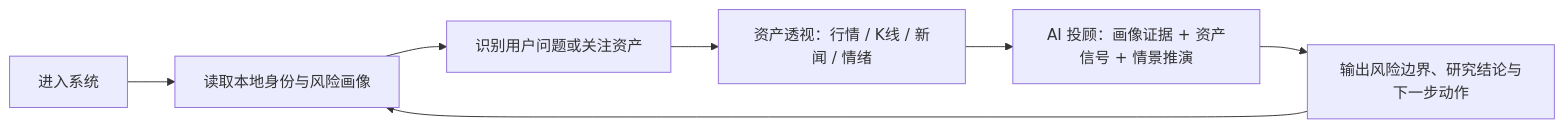
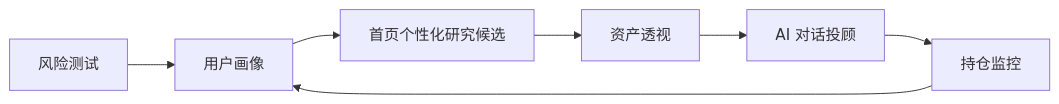
The first of 2 diagrams in README.md (LCY2117/AlphaMind-Landing-Page-Design), drawn with Mermaid before and after one commit. The commit also changed other lines of this file and 2 other files, not shown here.

````diff
--- a/README.md
+++ b/README.md
@@ -28,9 +41,9 @@
 ```mermaid
 flowchart LR
-  A["进入系统"] --> B["读取本地身份与风险画像"]
-  B --> C["识别用户问题或关注资产"]
-  C --> D["资产透视：行情 / K线 / 新闻 / 情绪"]
-  D --> E["AI 投顾：画像证据 + 资产信号 + 情景推演"]
-  E --> F["输出风险边界、研究结论与下一步动作"]
+  A["风险测试"] --> B["用户画像"]
+  B --> C["首页个性化研究候选"]
+  C --> D["资产透视"]
+  D --> E["AI 对话投顾"]
+  E --> F["持仓监控"]
   F --> B
 ```
````
